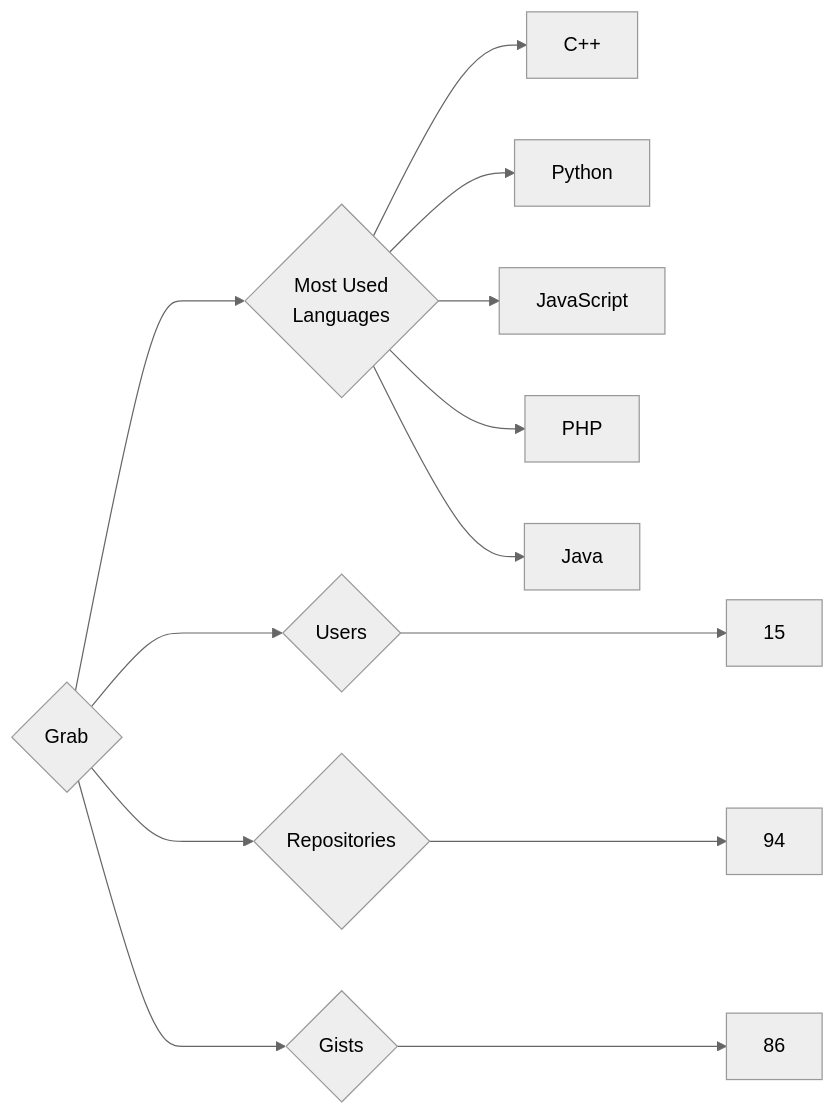
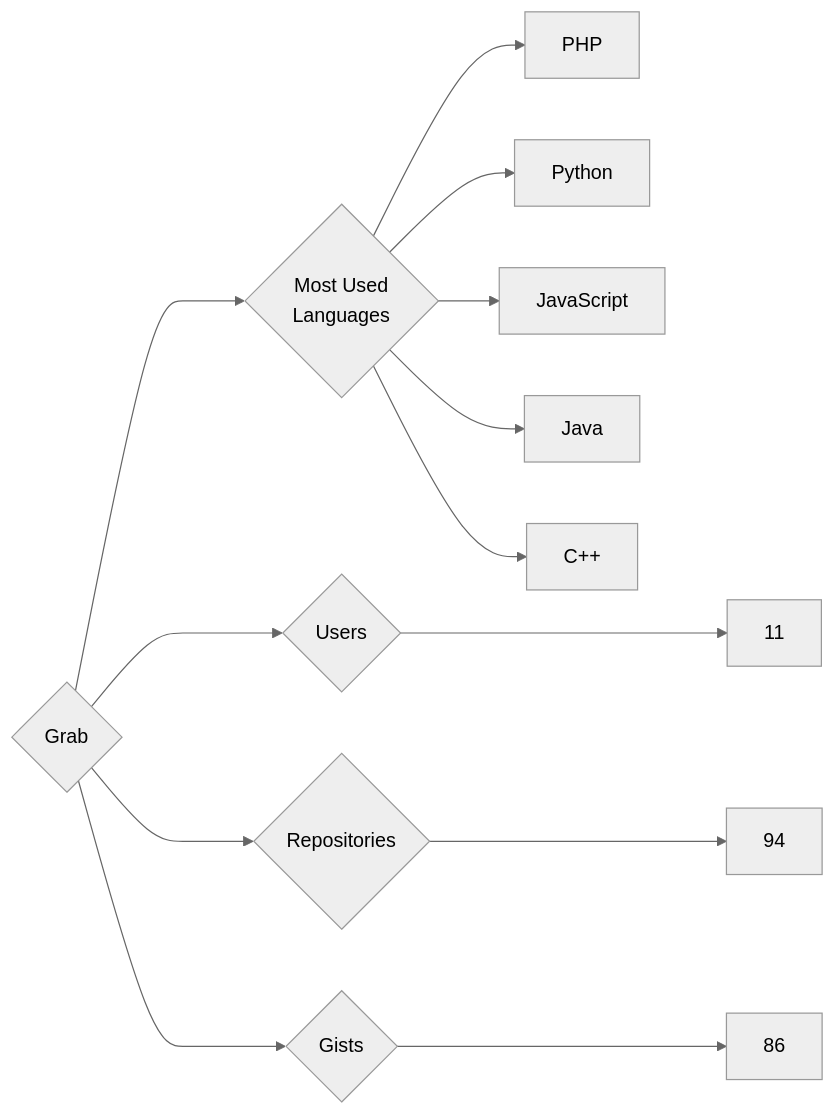
One commit to trickest/insiders changed the diagram in targets/Grab/README.md. Above: the diagram before and after it, drawn with Mermaid (neutral theme). The commit also changed 874 other files, not shown here.

````diff
--- a/targets/Grab/README.md
+++ b/targets/Grab/README.md
@@ -3,13 +3,13 @@
 ```mermaid
 graph LR
 COMPANY_NAME{Grab}
-COMPANY_NAME ---> U{Users} ---> UN[15]
+COMPANY_NAME ---> U{Users} ---> UN[11]
 COMPANY_NAME ---> R{Repositories} ---> RN[94]
 COMPANY_NAME ---> G{Gists} ---> GN[86]
 COMPANY_NAME ---> ML{Most Used<br>Languages}
-ML --> C++[C++]
+ML --> PHP[PHP]
 ML --> Python[Python]
 ML --> JavaScript[JavaScript]
-ML --> PHP[PHP]
 ML --> Java[Java]
+ML --> C++[C++]
 ```
````
